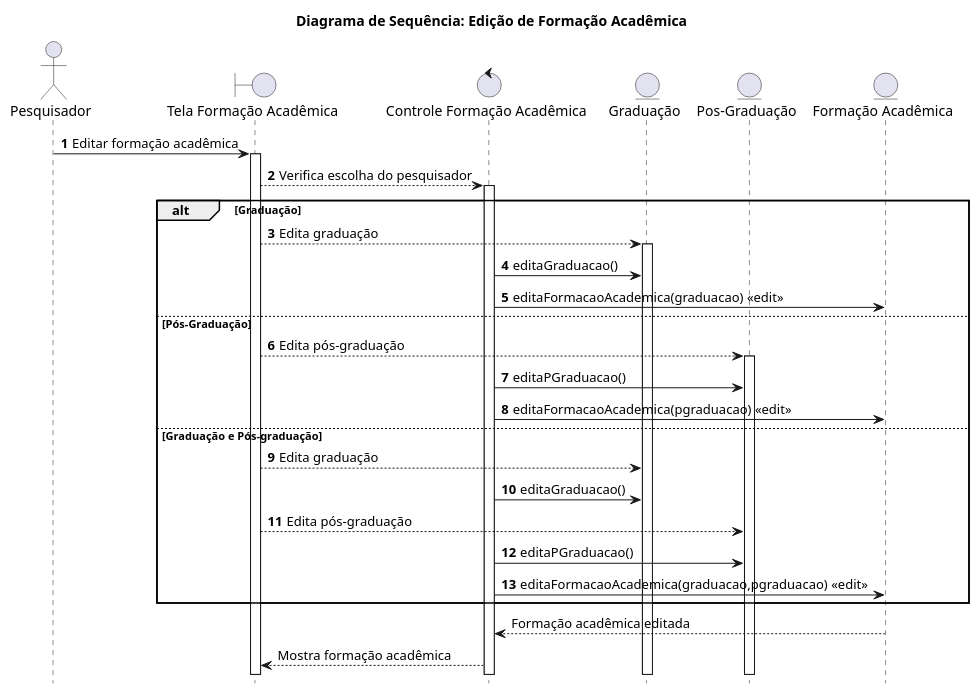
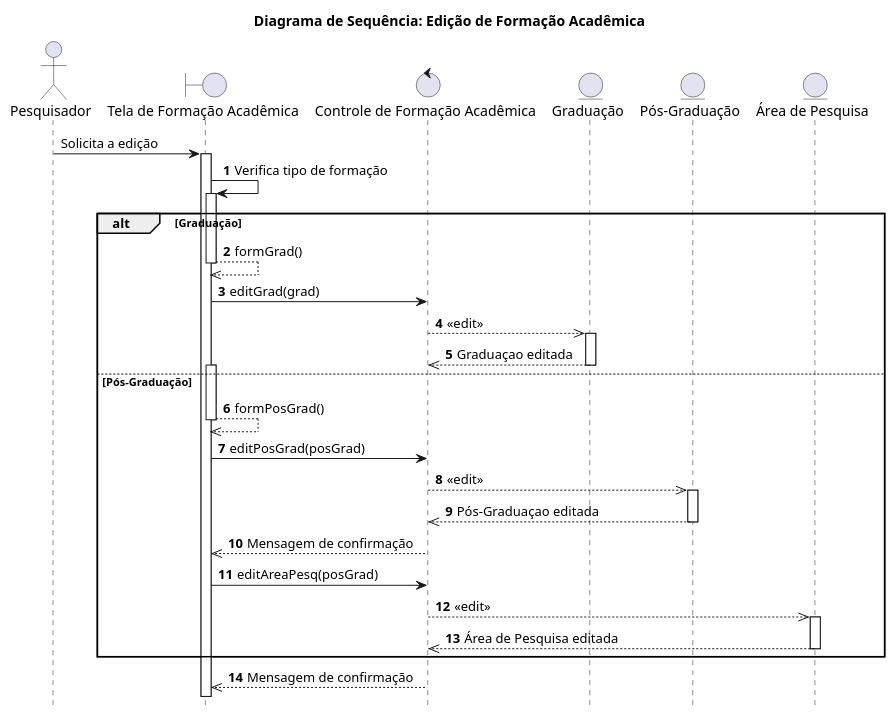
The diagram in Diagramas/Formação Acadêmica/diagSeqEditFormAcademica.wsd (WellingtonFelipeLS/Lattes-Simplificado), drawn with PlantUML before and after one commit. The commit also changed 19 other files, not shown here.

Commit message:
Patronização dos diagramas.

```diff
--- a/Diagramas/Formação Acadêmica/diagSeqEditFormAcademica.wsd
+++ b/Diagramas/Formação Acadêmica/diagSeqEditFormAcademica.wsd
@@ -1,40 +1,39 @@
 @startuml diagramaSeq
 
     title "Diagrama de Sequência: Edição de Formação Acadêmica"
     hide footbox
 
     actor Pesquisador as pesq 
-    boundary "Tela Formação Acadêmica" as uiFA
-    control "Controle Formação Acadêmica" as contFA
+    boundary "Tela de Formação Acadêmica" as uiFA
+    control "Controle de Formação Acadêmica" as contFA
     entity "Graduação" as GFA
-    entity "Pos-Graduação" as PGFA 
-    entity "Formação Acadêmica" as FA
+    entity "Pós-Graduação" as PGFA
+	entity "Área de Pesquisa" as APesq
+
+    pesq -> uiFA ++: Solicita a edição
 
     autonumber
-    pesq -> uiFA ++: Editar formação acadêmica
-    uiFA --> contFA ++: Verifica escolha do pesquisador
+    uiFA -> uiFA ++: Verifica tipo de formação
 
     alt Graduação
-        uiFA --> GFA ++: Edita graduação
-        contFA -> GFA : editaGraduacao() 
-        contFA -> FA : editaFormacaoAcademica(graduacao) <<edit>>
+		uiFA -->> uiFA --: formGrad()
+		uiFA -> contFA: editGrad(grad)
+        contFA -->> GFA ++: <<edit>>
+		GFA -->> contFA --: Graduaçao editada
     else Pós-Graduação   
-        uiFA --> PGFA ++: Edita pós-graduação                    
-        contFA -> PGFA : editaPGraduacao()
-        contFA -> FA : editaFormacaoAcademica(pgraduacao) <<edit>>
-    else Graduação e Pós-graduação
-        uiFA --> GFA : Edita graduação
-        contFA -> GFA : editaGraduacao()
-        uiFA --> PGFA : Edita pós-graduação
-        contFA -> PGFA : editaPGraduacao()
-        contFA -> FA : editaFormacaoAcademica(graduacao,pgraduacao) <<edit>>
+		activate uiFA
+		uiFA -->> uiFA --: formPosGrad()      
+
+        uiFA -> contFA : editPosGrad(posGrad)
+        contFA -->> PGFA ++: <<edit>>
+		PGFA -->> contFA --: Pós-Graduaçao editada
+		contFA -->> uiFA : Mensagem de confirmação
+
+		uiFA -> contFA : editAreaPesq(posGrad)
+        contFA -->> APesq ++: <<edit>>
+		APesq -->> contFA --: Área de Pesquisa editada
     end
-    
-    
-    
-    autonumber stop
 
-    FA --> contFA : Formação acadêmica editada
-    contFA --> uiFA : Mostra formação acadêmica 
+    contFA -->> uiFA : Mensagem de confirmação
 
 @enduml
```
